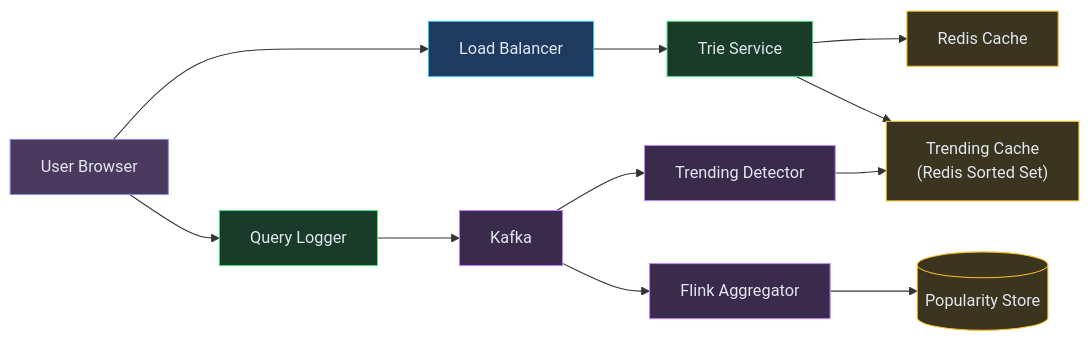
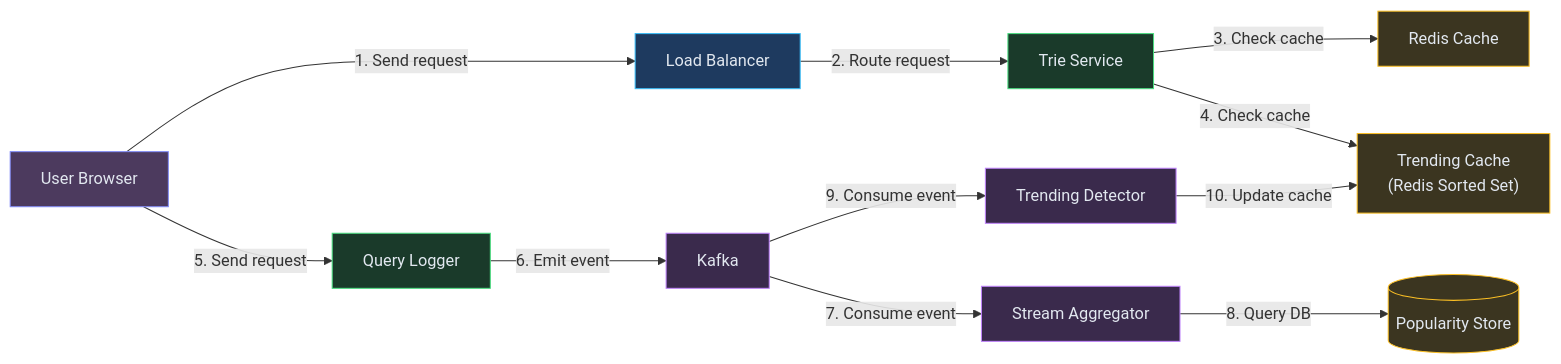
Before and after one commit to iluzn/HLD-Designs: the fourth of 8 diagrams in content/hld/SearchAutocomplete.md, drawn with Mermaid. The commit also changed other lines of this file and 27 other files, not shown here.

````diff
--- a/content/hld/SearchAutocomplete.md
+++ b/content/hld/SearchAutocomplete.md
@@ -252,30 +252,30 @@
 ```mermaid
 flowchart LR
     USER["User Browser"]:::client
     LB["Load Balancer"]:::edge
     TRIE["Trie Service"]:::service
     CACHE["Redis Cache"]:::data
     QLOG["Query Logger"]:::service
     STREAM["Kafka"]:::async
-    AGG["Flink Aggregator"]:::async
+    AGG["Stream Aggregator"]:::async
     POPDB[("Popularity Store")]:::data
     TREND["Trending Detector"]:::async
     HOTCACHE["Trending Cache<br/>(Redis Sorted Set)"]:::data
 
-    USER --> LB
-    LB --> TRIE
-    TRIE --> CACHE
-    TRIE --> HOTCACHE
-    USER --> QLOG
-    QLOG --> STREAM
-    STREAM --> AGG
-    AGG --> POPDB
-    STREAM --> TREND
-    TREND --> HOTCACHE
+    USER -->|"1. Send request"| LB
+    LB -->|"2. Route request"| TRIE
+    TRIE -->|"3. Check cache"| CACHE
+    TRIE -->|"4. Check cache"| HOTCACHE
+    USER -->|"5. Send request"| QLOG
+    QLOG -->|"6. Emit event"| STREAM
+    STREAM -->|"7. Consume event"| AGG
+    AGG -->|"8. Query DB"| POPDB
+    STREAM -->|"9. Consume event"| TREND
+    TREND -->|"10. Update cache"| HOTCACHE
 
     classDef client fill:#4c3a5e,stroke:#818cf8,color:#e2e8f0
     classDef edge fill:#1e3a5f,stroke:#38bdf8,color:#e2e8f0
     classDef service fill:#1a3a2a,stroke:#4ade80,color:#e2e8f0
     classDef data fill:#3b3520,stroke:#fbbf24,color:#e2e8f0
     classDef async fill:#3a2a4c,stroke:#c084fc,color:#e2e8f0
 ```
````
